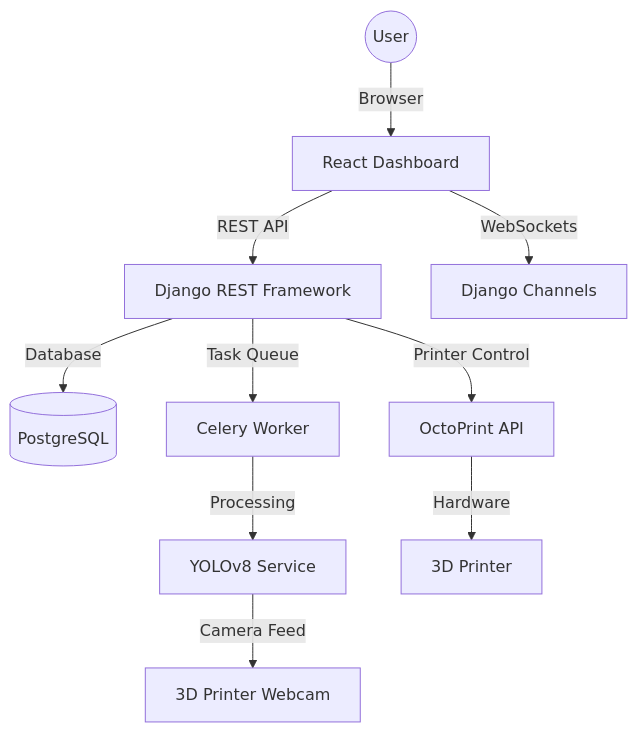
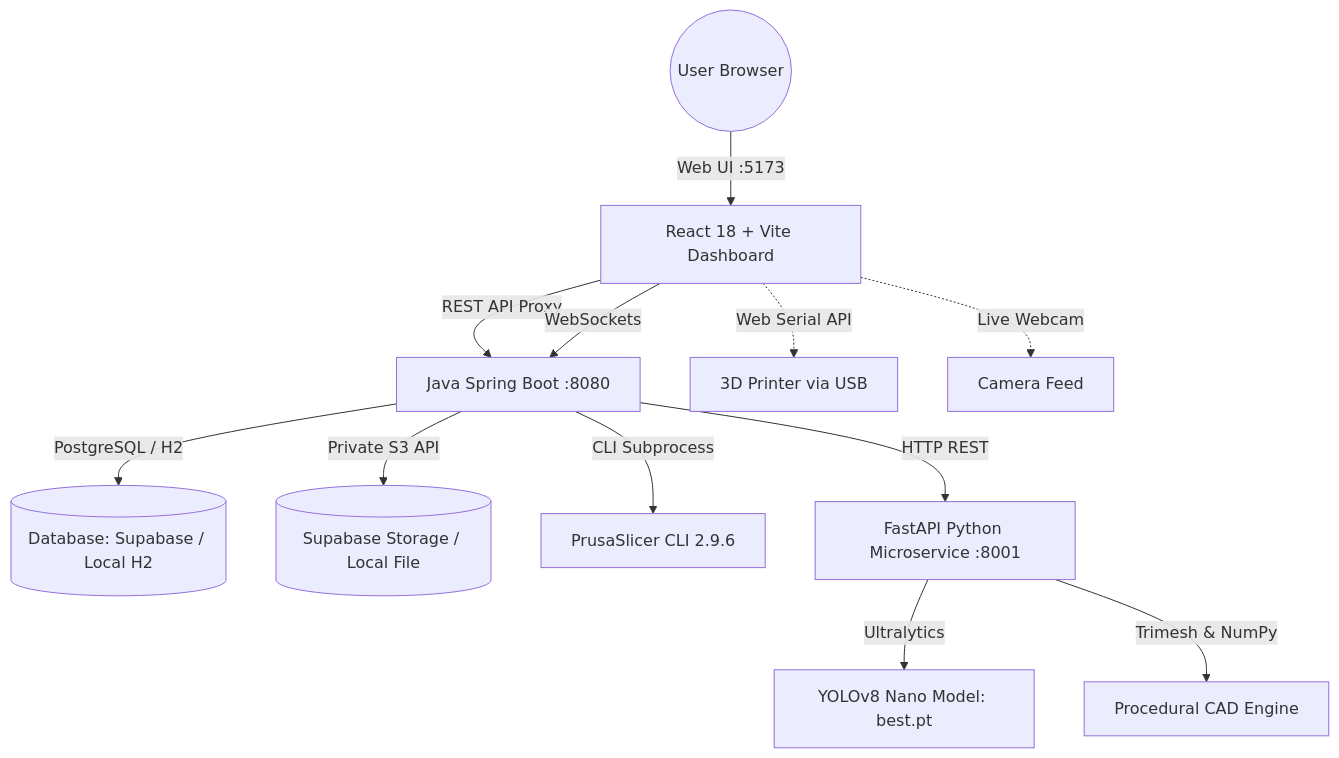
Before and after one commit to Warcraft433/AI_3D_Printer: the diagram in README.md, drawn with Mermaid. The commit also changed other lines of this file and 333 other files, not shown here.

Commit message:
feat: complete PrintGuard AI migration to Spring Boot, FastAPI Shap-E, Three.js 3D viewport, and PrusaSlicer pipeline

````diff
--- a/README.md
+++ b/README.md
@@ -28,14 +34,16 @@
 ```mermaid
 graph TD
-    User((User)) -->|Browser| Frontend[React Dashboard]
-    Frontend -->|REST API| Backend[Django REST Framework]
-    Frontend -->|WebSockets| Channels[Django Channels]
-    
-    Backend -->|Database| DB[(PostgreSQL)]
-    Backend -->|Task Queue| Celery[Celery Worker]
-    Celery -->|Processing| AI[YOLOv8 Service]
-    
-    AI -->|Camera Feed| PrinterCamera[3D Printer Webcam]
-    Backend -->|Printer Control| OctoPrint[OctoPrint API]
-    OctoPrint -->|Hardware| Printer[3D Printer]
+    User((User Browser)) -->|Web UI :5173| Frontend[React 18 + Vite Dashboard]
+    Frontend -->|REST API Proxy| Backend[Java Spring Boot :8080]
+    Frontend -->|WebSockets| Backend
+    Frontend -.->|Web Serial API| PhysicalPrinter[3D Printer via USB]
+    Frontend -.->|Live Webcam| BrowserCam[Camera Feed]
+
+    Backend -->|PostgreSQL / H2| DB[(Database: Supabase / Local H2)]
+    Backend -->|Private S3 API| Storage[(Supabase Storage / Local File)]
+    Backend -->|CLI Subprocess| Slicer[PrusaSlicer CLI 2.9.6]
+    Backend -->|HTTP REST| AI[FastAPI Python Microservice :8001]
+
+    AI -->|Ultralytics| YOLO[YOLOv8 Nano Model: best.pt]
+    AI -->|Trimesh & NumPy| CAD[Procedural CAD Engine]
 ```
````
